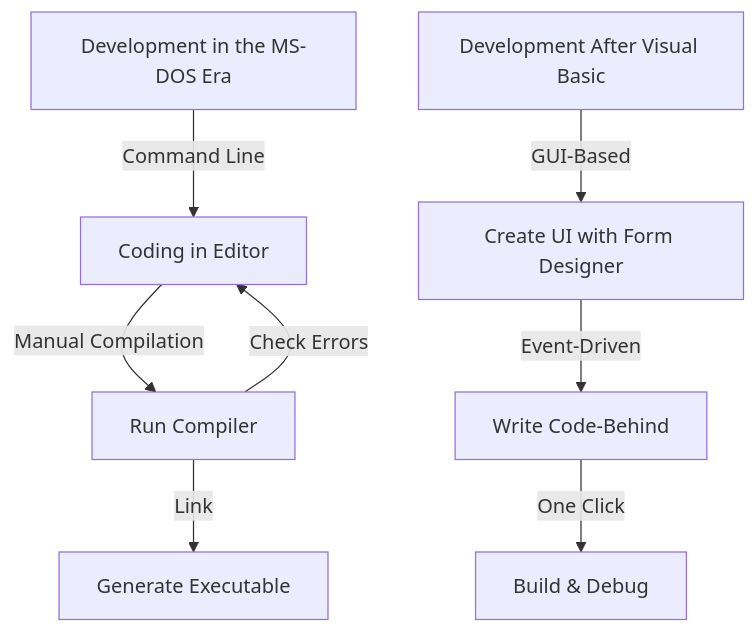
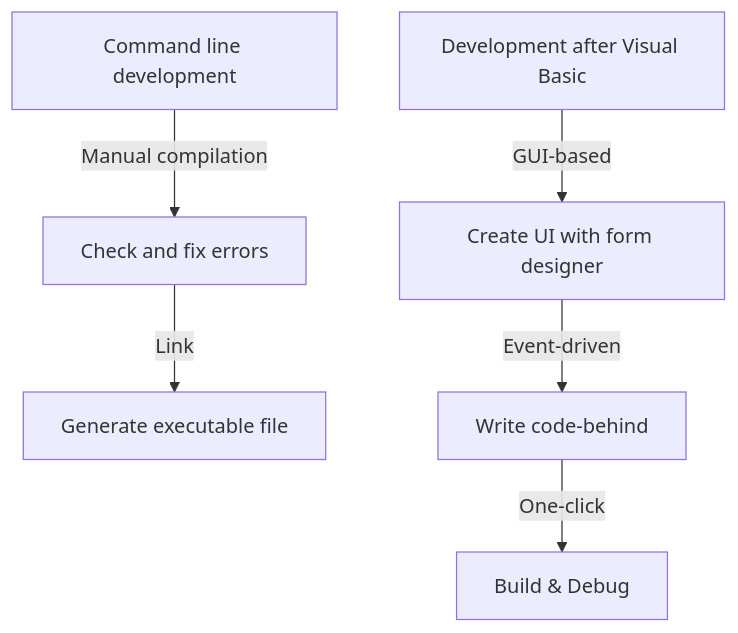
The first of 2 diagrams in content/post/history-of-visual-studio/index.en.md (kenjinote/blog), drawn with Mermaid before and after one commit. The commit also changed other lines of this file and 129 other files, not shown here.

````diff
--- a/content/post/history-of-visual-studio/index.en.md
+++ b/content/post/history-of-visual-studio/index.en.md
@@ -32,11 +29,9 @@
 ```mermaid
 graph TD
-    A["Development in the MS-DOS Era"] -- "Command Line" --> B["Coding in Editor"]
-    B -- "Manual Compilation" --> C["Run Compiler"]
-    C -- "Check Errors" --> B
-    C -- "Link" --> D["Generate Executable"]
+    A["Command line development"] -- "Manual compilation" --> B["Check and fix errors"]
+    B -- "Link" --> C["Generate executable file"]
     
-    E["Development After Visual Basic"] -- "GUI-Based" --> F["Create UI with Form Designer"]
-    F -- "Event-Driven" --> G["Write Code-Behind"]
-    G -- "One Click" --> H["Build & Debug"]
+    D["Development after Visual Basic"] -- "GUI-based" --> E["Create UI with form designer"]
+    E -- "Event-driven" --> F["Write code-behind"]
+    F -- "One-click" --> G["Build & Debug"]
 ```
````
